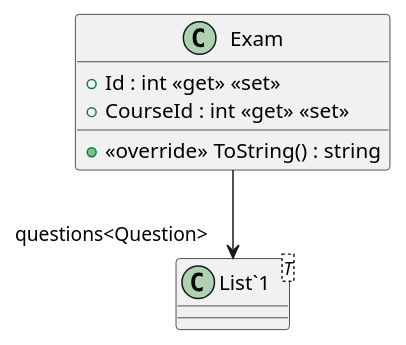
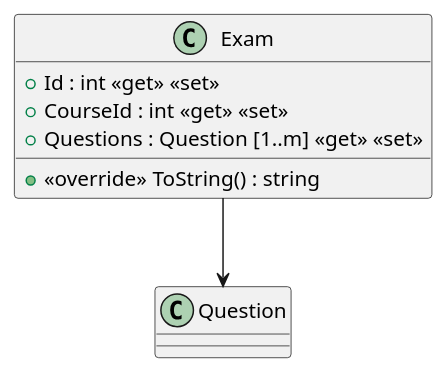
Before and after one commit to dinaelmasry666/ITI-Examination-System: the diagram in Examination System UML/plantuml/Examination System UML/Exam.puml, drawn with PlantUML. The commit also changed 18 other files, not shown here.

Commit message:
fixed some issues and implemented PlantUML class diagram

```diff
--- a/Examination System UML/plantuml/Examination System UML/Exam.puml
+++ b/Examination System UML/plantuml/Examination System UML/Exam.puml
@@ -1,10 +1,10 @@
 @startuml
 class Exam {
     + Id : int <<get>> <<set>>
     + CourseId : int <<get>> <<set>>
+    + Questions : Question [1..m] <<get>> <<set>>
     + <<override>> ToString() : string
 }
-class "List`1"<T> {
-}
-Exam --> "questions<Question>" "List`1"
+
+Exam --> Question
 @enduml
```
